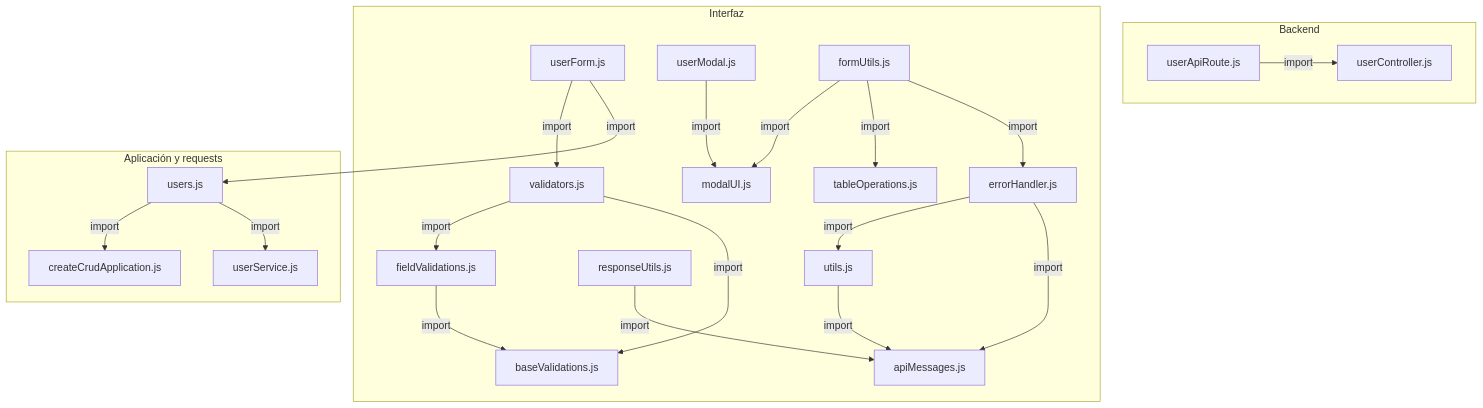
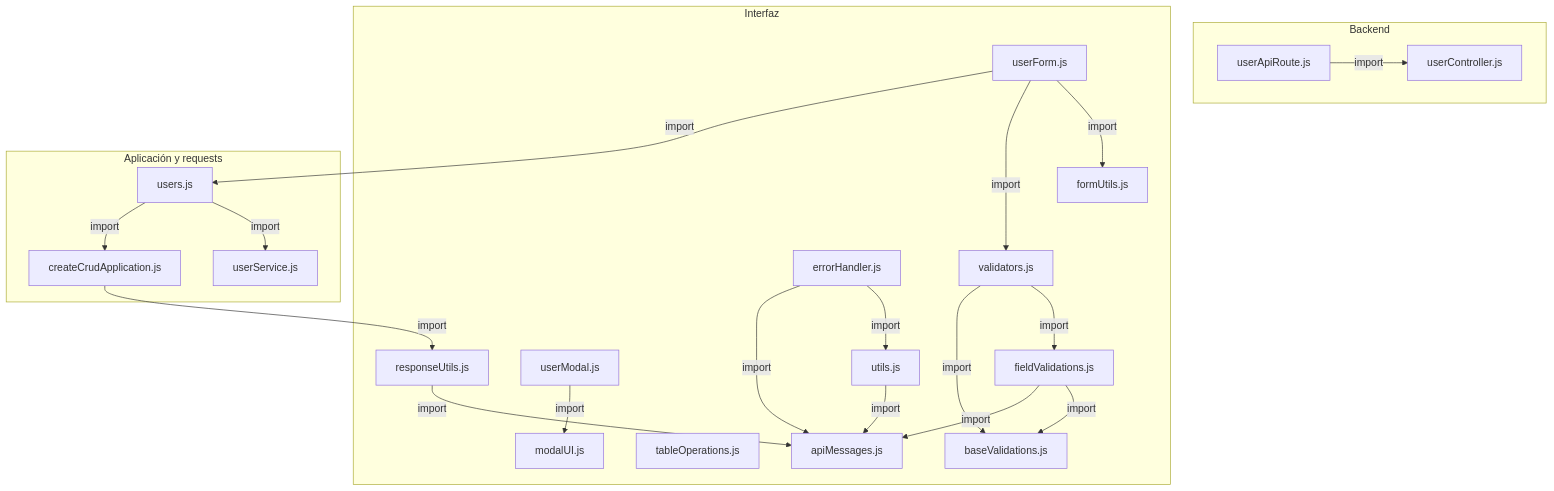
One commit to gpgsistemas01/nexus changed the first of 3 diagrams in docs/architecture/views/processes/frontend-code-sequences/identity-access/cu-ida-06.md. Above: the diagram before and after it, drawn with Mermaid. The commit also changed other lines of this file and 200 other files, not shown here.

````diff
--- a/docs/architecture/views/processes/frontend-code-sequences/identity-access/cu-ida-06.md
+++ b/docs/architecture/views/processes/frontend-code-sequences/identity-access/cu-ida-06.md
@@ -56,42 +56,42 @@
 ```mermaid
 flowchart TB
     subgraph Component0["Backend"]
         FileUserController["userController.js"]
         Transport["userApiRoute.js"]
     end
     subgraph Component1["Interfaz"]
         FileErrorHandler["errorHandler.js"]
         FileUtils["utils.js"]
         FileApiMessages["apiMessages.js"]
         View["userForm.js"]
         Modal["userModal.js"]
         FileTableOperations["tableOperations.js"]
         FileModalUI["modalUI.js"]
         FormUtils["formUtils.js"]
         FileResponseUtils["responseUtils.js"]
         FileBaseValidations["baseValidations.js"]
         FileFieldValidations["fieldValidations.js"]
         FileValidators["validators.js"]
     end
     subgraph Component2["Aplicación y requests"]
         FileUsers["users.js"]
         Application["createCrudApplication.js"]
         Request["userService.js"]
     end
+    Application -->|import| FileResponseUtils
     FileErrorHandler -->|import| FileApiMessages
     FileErrorHandler -->|import| FileUtils
+    FileFieldValidations -->|import| FileApiMessages
+    FileFieldValidations -->|import| FileBaseValidations
+    FileResponseUtils -->|import| FileApiMessages
+    FileUsers -->|import| Application
+    FileUsers -->|import| Request
     FileUtils -->|import| FileApiMessages
-    FileUsers -->|import| Request
-    FileUsers -->|import| Application
+    FileValidators -->|import| FileBaseValidations
+    FileValidators -->|import| FileFieldValidations
+    Modal -->|import| FileModalUI
+    Transport -->|import| FileUserController
     View -->|import| FileUsers
     View -->|import| FileValidators
-    Modal -->|import| FileModalUI
-    FormUtils -->|import| FileErrorHandler
-    FormUtils -->|import| FileTableOperations
-    FormUtils -->|import| FileModalUI
-    FileResponseUtils -->|import| FileApiMessages
-    FileFieldValidations -->|import| FileBaseValidations
-    FileValidators -->|import| FileBaseValidations
-    FileValidators -->|import| FileFieldValidations
-    Transport -->|import| FileUserController
+    View -->|import| FormUtils
 ```
````
